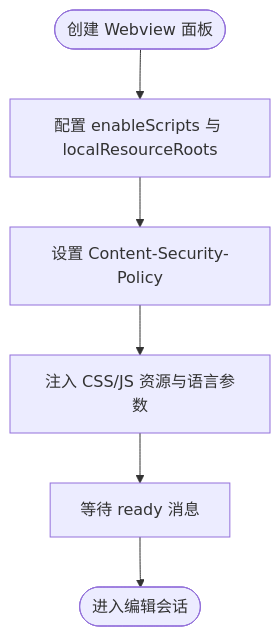
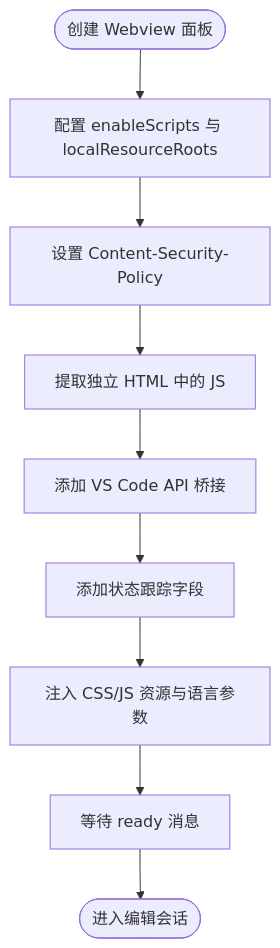
One commit to meiok1/wysjson changed the third of 9 diagrams in .qoder/repowiki/zh/content/核心架构设计/Webview 集成架构.md. Above: the diagram before and after it, drawn with Mermaid. The commit also changed other lines of this file and 45 other files, not shown here.

````diff
--- a/.qoder/repowiki/zh/content/核心架构设计/Webview 集成架构.md
+++ b/.qoder/repowiki/zh/content/核心架构设计/Webview 集成架构.md
@@ -124,8 +149,11 @@
 ```mermaid
 flowchart TD
 Start(["创建 Webview 面板"]) --> Cfg["配置 enableScripts 与 localResourceRoots"]
 Cfg --> CSP["设置 Content-Security-Policy"]
-CSP --> Inject["注入 CSS/JS 资源与语言参数"]
+CSP --> Extract["提取独立 HTML 中的 JS"]
+Extract --> Bridge["添加 VS Code API 桥接"]
+Bridge --> State["添加状态跟踪字段"]
+State --> Inject["注入 CSS/JS 资源与语言参数"]
 Inject --> Ready["等待 ready 消息"]
 Ready --> End(["进入编辑会话"])
 ```
````
